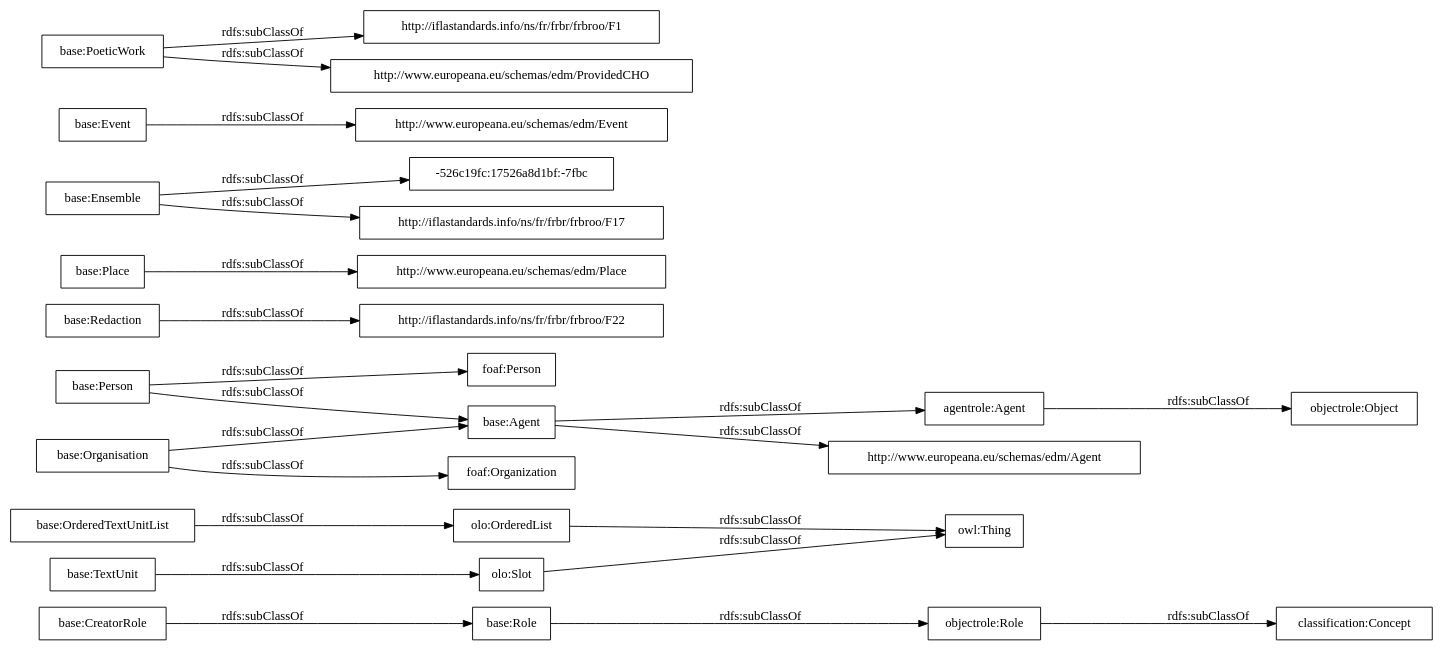
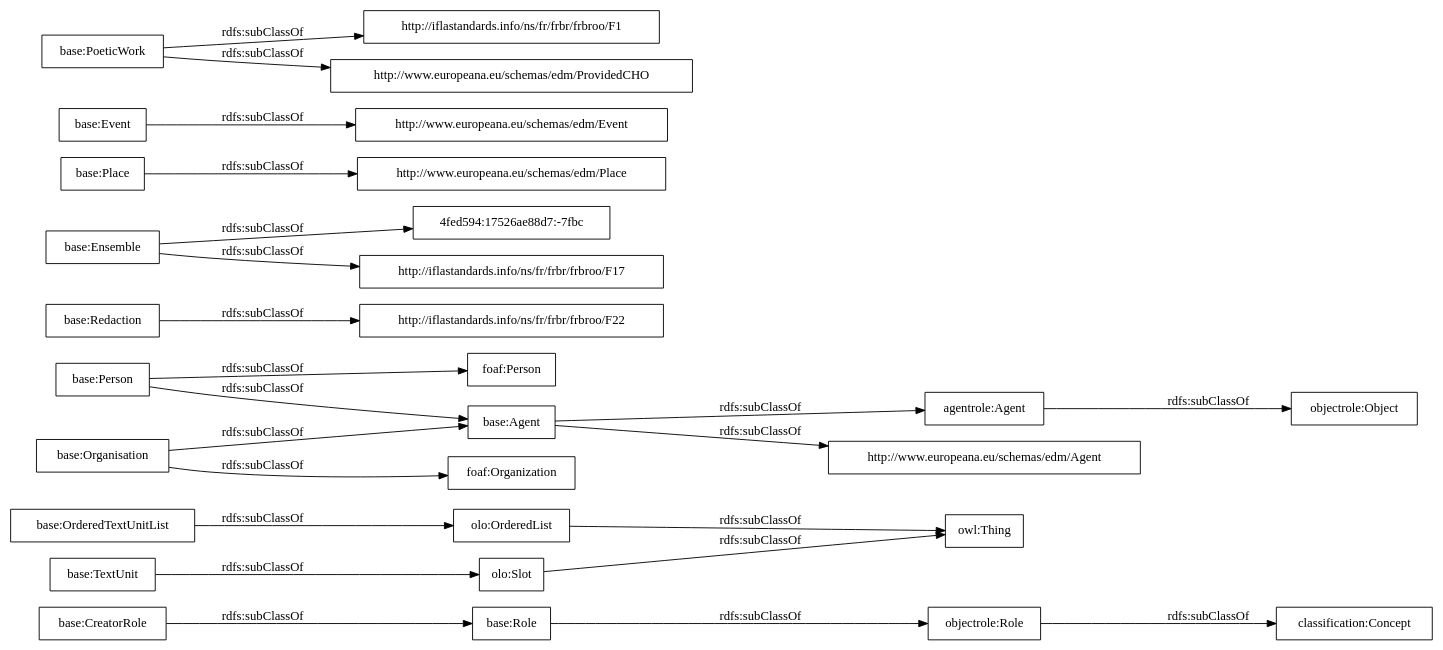
One commit to OnToologyUser/core-ontology-1 changed the diagram in OnToology/postdata-core.owl/diagrams/ar2dtool-taxonomy/postdata-core.owl.png.dot. Above: the diagram before and after it, drawn with Graphviz. The commit also changed 14 other files, not shown here.

```diff
--- a/OnToology/postdata-core.owl/diagrams/ar2dtool-taxonomy/postdata-core.owl.png.dot
+++ b/OnToology/postdata-core.owl/diagrams/ar2dtool-taxonomy/postdata-core.owl.png.dot
@@ -1,27 +1,27 @@
 digraph ar2dtool_diagram { 
 rankdir=LR;
 size="1000"
-node [shape = rectangle, color="black"]; "base:Role" "base:OrderedTextUnitList" "agentrole:Agent" "http://iflastandards.info/ns/fr/frbr/frbroo/F22" "http://www.europeana.eu/schemas/edm/Agent" "base:Agent" "base:CreatorRole" "base:Person" "base:Organisation" "http://www.europeana.eu/schemas/edm/Place" "base:Redaction" "base:Ensemble" "foaf:Person" "-526c19fc:17526a8d1bf:-7fbc" "http://www.europeana.eu/schemas/edm/Event" "base:TextUnit" "http://iflastandards.info/ns/fr/frbr/frbroo/F1" "foaf:Organization" "http://www.europeana.eu/schemas/edm/ProvidedCHO" "base:Place" "base:Event" "base:PoeticWork" "http://iflastandards.info/ns/fr/frbr/frbroo/F17" "owl:Thing" "objectrole:Role" "objectrole:Object" "olo:Slot" "olo:OrderedList" "classification:Concept" ; /*classes style*/
+node [shape = rectangle, color="black"]; "base:Role" "base:OrderedTextUnitList" "agentrole:Agent" "http://iflastandards.info/ns/fr/frbr/frbroo/F22" "http://www.europeana.eu/schemas/edm/Agent" "base:Agent" "base:CreatorRole" "base:Person" "4fed594:17526ae88d7:-7fbc" "base:Organisation" "http://www.europeana.eu/schemas/edm/Place" "base:Redaction" "base:Ensemble" "foaf:Person" "http://www.europeana.eu/schemas/edm/Event" "base:TextUnit" "http://iflastandards.info/ns/fr/frbr/frbroo/F1" "foaf:Organization" "http://www.europeana.eu/schemas/edm/ProvidedCHO" "base:Place" "base:Event" "base:PoeticWork" "http://iflastandards.info/ns/fr/frbr/frbroo/F17" "owl:Thing" "objectrole:Role" "objectrole:Object" "olo:Slot" "olo:OrderedList" "classification:Concept" ; /*classes style*/
 	"base:Redaction" -> "http://iflastandards.info/ns/fr/frbr/frbroo/F22" [ label = "rdfs:subClassOf" ];
 	"base:Role" -> "objectrole:Role" [ label = "rdfs:subClassOf" ];
 	"base:Event" -> "http://www.europeana.eu/schemas/edm/Event" [ label = "rdfs:subClassOf" ];
 	"base:Person" -> "foaf:Person" [ label = "rdfs:subClassOf" ];
 	"base:Person" -> "base:Agent" [ label = "rdfs:subClassOf" ];
 	"olo:OrderedList" -> "owl:Thing" [ label = "rdfs:subClassOf" ];
 	"olo:Slot" -> "owl:Thing" [ label = "rdfs:subClassOf" ];
 	"base:PoeticWork" -> "http://www.europeana.eu/schemas/edm/ProvidedCHO" [ label = "rdfs:subClassOf" ];
 	"base:PoeticWork" -> "http://iflastandards.info/ns/fr/frbr/frbroo/F1" [ label = "rdfs:subClassOf" ];
 	"base:TextUnit" -> "olo:Slot" [ label = "rdfs:subClassOf" ];
 	"agentrole:Agent" -> "objectrole:Object" [ label = "rdfs:subClassOf" ];
-	"base:Ensemble" -> "-526c19fc:17526a8d1bf:-7fbc" [ label = "rdfs:subClassOf" ];
+	"base:Ensemble" -> "4fed594:17526ae88d7:-7fbc" [ label = "rdfs:subClassOf" ];
 	"base:Ensemble" -> "http://iflastandards.info/ns/fr/frbr/frbroo/F17" [ label = "rdfs:subClassOf" ];
 	"base:OrderedTextUnitList" -> "olo:OrderedList" [ label = "rdfs:subClassOf" ];
 	"base:Agent" -> "agentrole:Agent" [ label = "rdfs:subClassOf" ];
 	"base:Agent" -> "http://www.europeana.eu/schemas/edm/Agent" [ label = "rdfs:subClassOf" ];
 	"objectrole:Role" -> "classification:Concept" [ label = "rdfs:subClassOf" ];
 	"base:Place" -> "http://www.europeana.eu/schemas/edm/Place" [ label = "rdfs:subClassOf" ];
 	"base:Organisation" -> "foaf:Organization" [ label = "rdfs:subClassOf" ];
 	"base:Organisation" -> "base:Agent" [ label = "rdfs:subClassOf" ];
 	"base:CreatorRole" -> "base:Role" [ label = "rdfs:subClassOf" ];
 
 }
```
